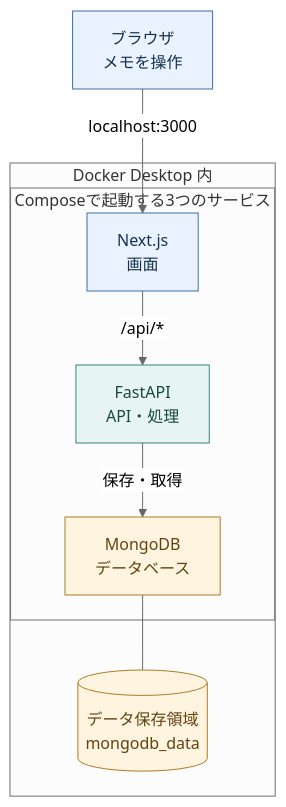
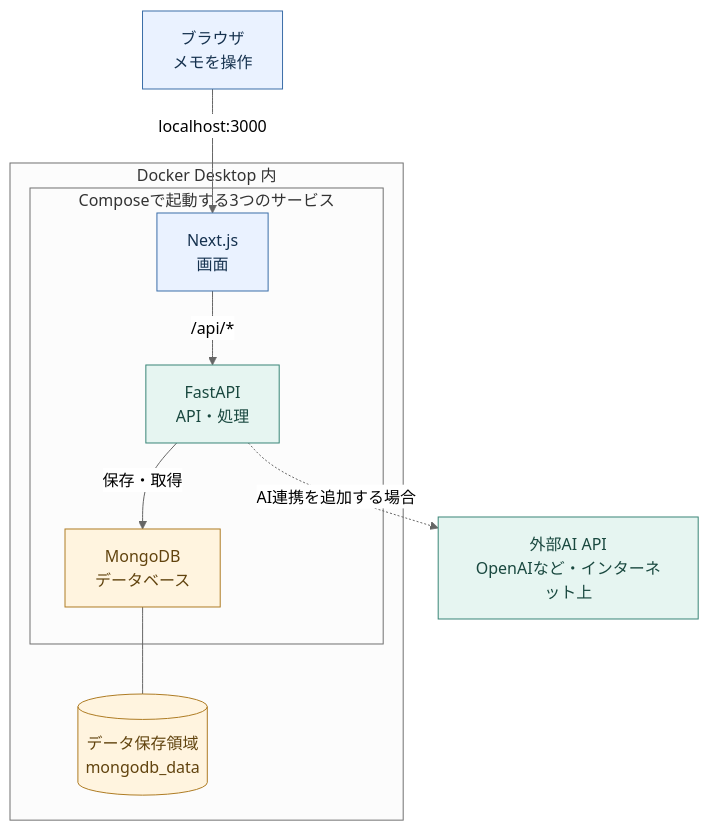
The diagram in README.md (naoya424/morimoto-lab-starter), drawn with Mermaid (neutral theme) before and after one commit. The commit also changed other lines of this file and 4 other files, not shown here.

Commit message:
Document optional AI integration using OpenAI API

````diff
--- a/README.md
+++ b/README.md
@@ -18,23 +18,25 @@
 ```mermaid
 flowchart TB
     browser["ブラウザ<br/>メモを操作"]
     subgraph docker["Docker Desktop 内"]
         subgraph services["Composeで起動する3つのサービス"]
             frontend["Next.js<br/>画面"]
             backend["FastAPI<br/>API・処理"]
             mongodb["MongoDB<br/>データベース"]
             frontend -->|"/api/*"| backend
             backend -->|"保存・取得"| mongodb
         end
         data[("データ保存領域<br/>mongodb_data")]
         mongodb --- data
     end
     browser -->|"localhost:3000"| frontend
+    external_ai["外部AI API<br/>OpenAIなど・インターネット上"]
+    backend -.->|"AI連携を追加する場合"| external_ai
 
     classDef screen fill:#eaf2ff,stroke:#3b6ea8,color:#16324f;
     classDef api fill:#e6f5f1,stroke:#398577,color:#19483f;
     classDef storage fill:#fff4df,stroke:#ae7c24,color:#61430e;
     class browser,frontend screen;
-    class backend api;
+    class backend,external_ai api;
     class mongodb,data storage;
 ```
````
